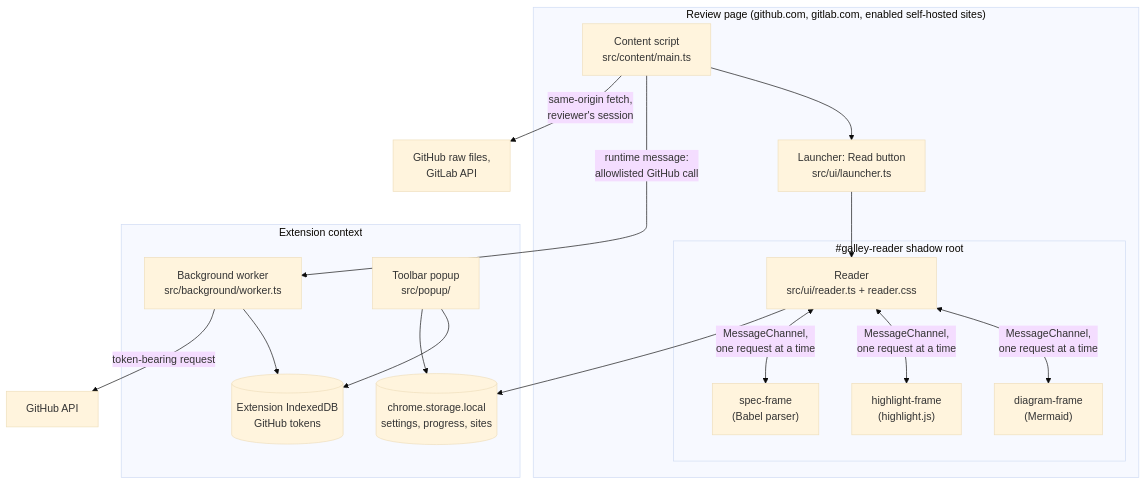
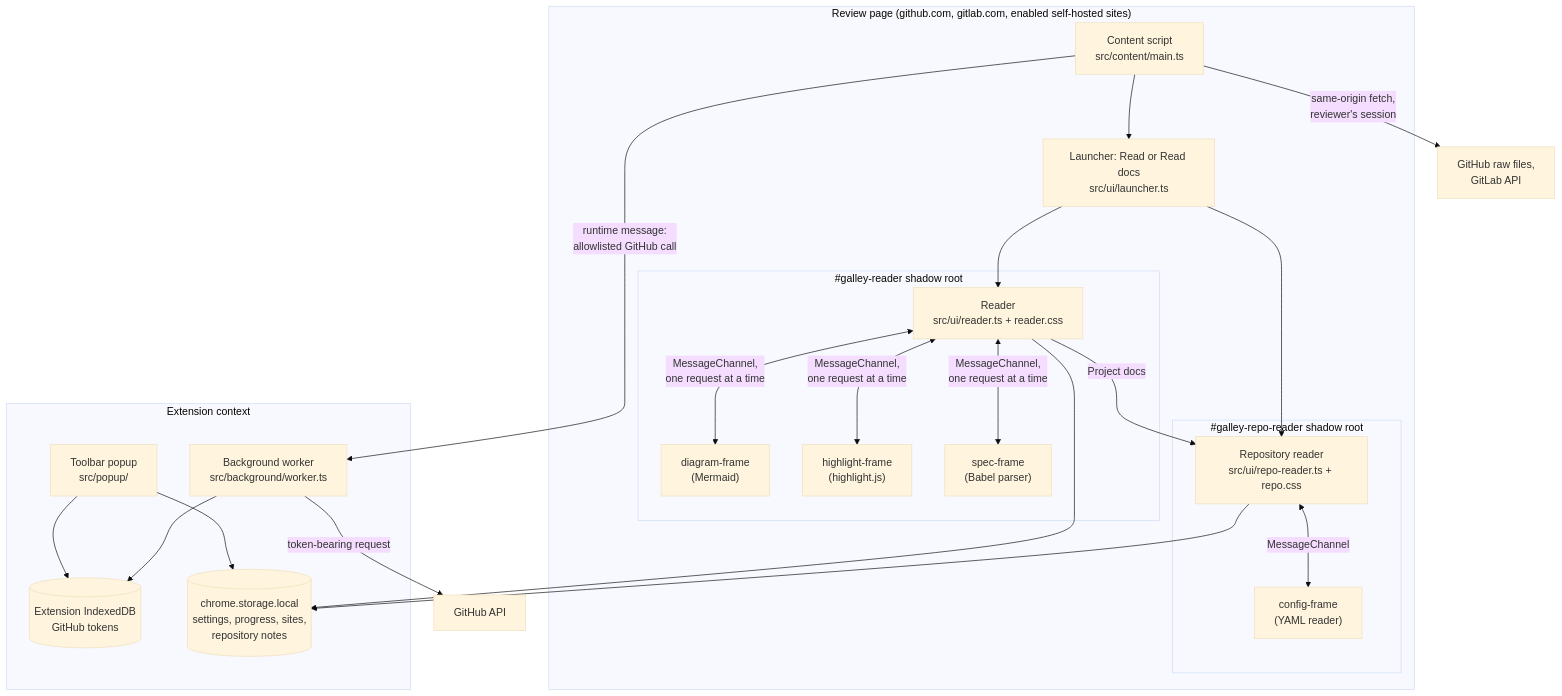
One commit to m9rc1n/galley changed the second of 5 diagrams in docs/architecture/README.md. Above: the diagram before and after it, drawn with Mermaid (base theme). The commit also changed other lines of this file and 15 other files, not shown here.

First line of the commit message:
docs: record the repository reading decisions, and document project views and notes

````diff
--- a/docs/architecture/README.md
+++ b/docs/architecture/README.md
@@ -31,28 +31,36 @@
 ```mermaid
 flowchart TB
   subgraph Page["Review page (github.com, gitlab.com, enabled self-hosted sites)"]
     CS["Content script<br/>src/content/main.ts"]
-    L["Launcher: Read button<br/>src/ui/launcher.ts"]
+    L["Launcher: Read or Read docs<br/>src/ui/launcher.ts"]
     subgraph Shadow["#galley-reader shadow root"]
       RD["Reader<br/>src/ui/reader.ts + reader.css"]
       DF["diagram-frame<br/>(Mermaid)"]
       HF["highlight-frame<br/>(highlight.js)"]
       SF["spec-frame<br/>(Babel parser)"]
     end
+    subgraph RepoShadow["#galley-repo-reader shadow root"]
+      RR["Repository reader<br/>src/ui/repo-reader.ts + repo.css"]
+      CF["config-frame<br/>(YAML reader)"]
+    end
   end
   subgraph Ext["Extension context"]
     W["Background worker<br/>src/background/worker.ts"]
     PU["Toolbar popup<br/>src/popup/"]
     DB[("Extension IndexedDB<br/>GitHub tokens")]
-    ST[("chrome.storage.local<br/>settings, progress, sites")]
+    ST[("chrome.storage.local<br/>settings, progress, sites,<br/>repository notes")]
   end
   CS --> L --> RD
+  L --> RR
+  RD -- "Project docs" --> RR
   RD <-- "MessageChannel,<br/>one request at a time" --> DF & HF & SF
+  RR <-- "MessageChannel" --> CF
+  RR --> ST
   CS -- "runtime message:<br/>allowlisted GitHub call" --> W
   W --> DB
   PU --> DB
   PU --> ST
   RD --> ST
   W -- "token-bearing request" --> GH["GitHub API"]
   CS -- "same-origin fetch,<br/>reviewer's session" --> PL["GitHub raw files,<br/>GitLab API"]
 ```
````
